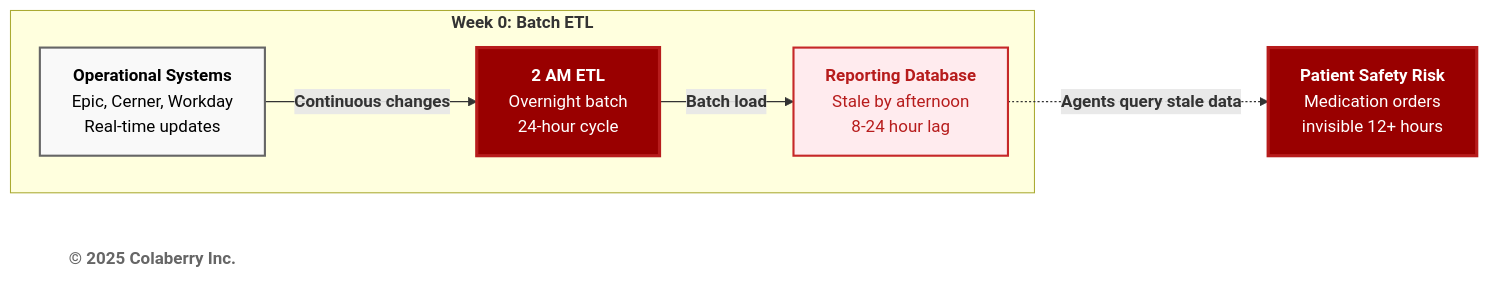
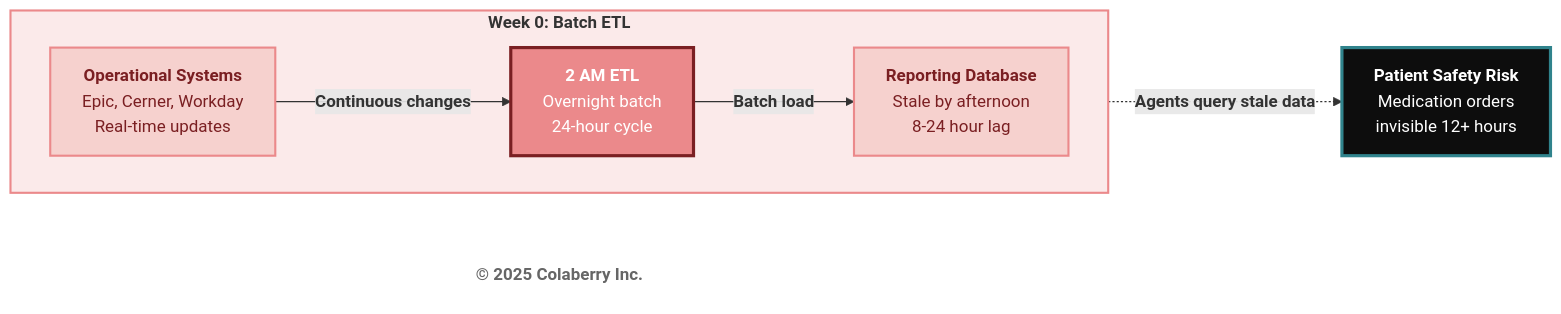
Before and after one commit to saitejesh-cyber/trust-before-intelligence-book: the fourth of 11 diagrams in manuscript/05_chapter_4_foundation_layers.md, drawn with Mermaid. The commit also changed other lines of this file, not shown here.

Commit message:
Update mermaid diagrams as per new coloberry color and contrast ratio for chapter 5

````diff
--- a/manuscript/05_chapter_4_foundation_layers.md
+++ b/manuscript/05_chapter_4_foundation_layers.md
@@ -286,22 +288,24 @@
 ```mermaid
 graph LR
-    subgraph "<b>Week 0: Batch ETL</b>"
+    subgraph ERA1["<b>Week 0: Batch ETL</b>"]
+        direction LR
         OPS["<b>Operational Systems</b><br/>Epic, Cerner, Workday<br/>Real-time updates"]
         ETL["<b>2 AM ETL</b><br/>Overnight batch<br/>24-hour cycle"]
         REPORT["<b>Reporting Database</b><br/>Stale by afternoon<br/>8-24 hour lag"]
     end
     
     RISK["<b>Patient Safety Risk</b><br/>Medication orders<br/>invisible 12+ hours"]
     
     Copyright["<b>© 2025 Colaberry Inc.</b>"]
     
     OPS -->|<b>Continuous changes</b>| ETL
     ETL -->|<b>Batch load</b>| REPORT
     REPORT -.->|<b>Agents query stale data</b>| RISK
-    
-    style OPS fill:#f9f9f9,stroke:#666666,stroke-width:2px,color:#000000
-    style ETL fill:#990000,color:#ffffff,stroke:#b71c1c,stroke-width:3px
-    style REPORT fill:#ffebee,stroke:#c62828,stroke-width:2px,color:#b71c1c
-    style RISK fill:#990000,color:#ffffff,stroke:#b71c1c,stroke-width:3px
+
+    style ERA1 fill:#FBEAEA,stroke:#EB898B,stroke-width:2px
+    style OPS fill:#F6D1CE,stroke:#EB898B,stroke-width:2px,color:#7A1F22
+    style REPORT fill:#F6D1CE,stroke:#EB898B,stroke-width:2px,color:#7A1F22
+    style ETL fill:#EB898B,color:#ffffff,stroke:#7A1F22,stroke-width:3px
+    style RISK fill:#0D0D0D,color:#ffffff,stroke:#30838C,stroke-width:3px
     style Copyright fill:#ffffff,stroke:none,color:#666666
 ```
````
